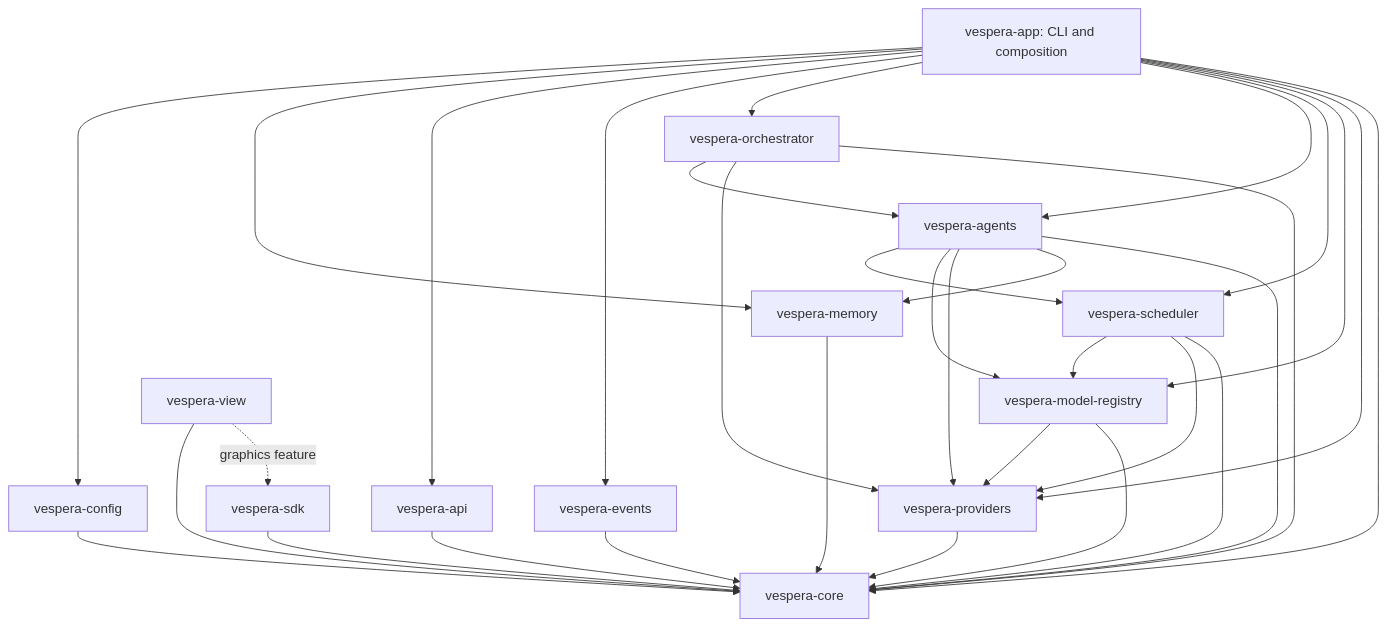
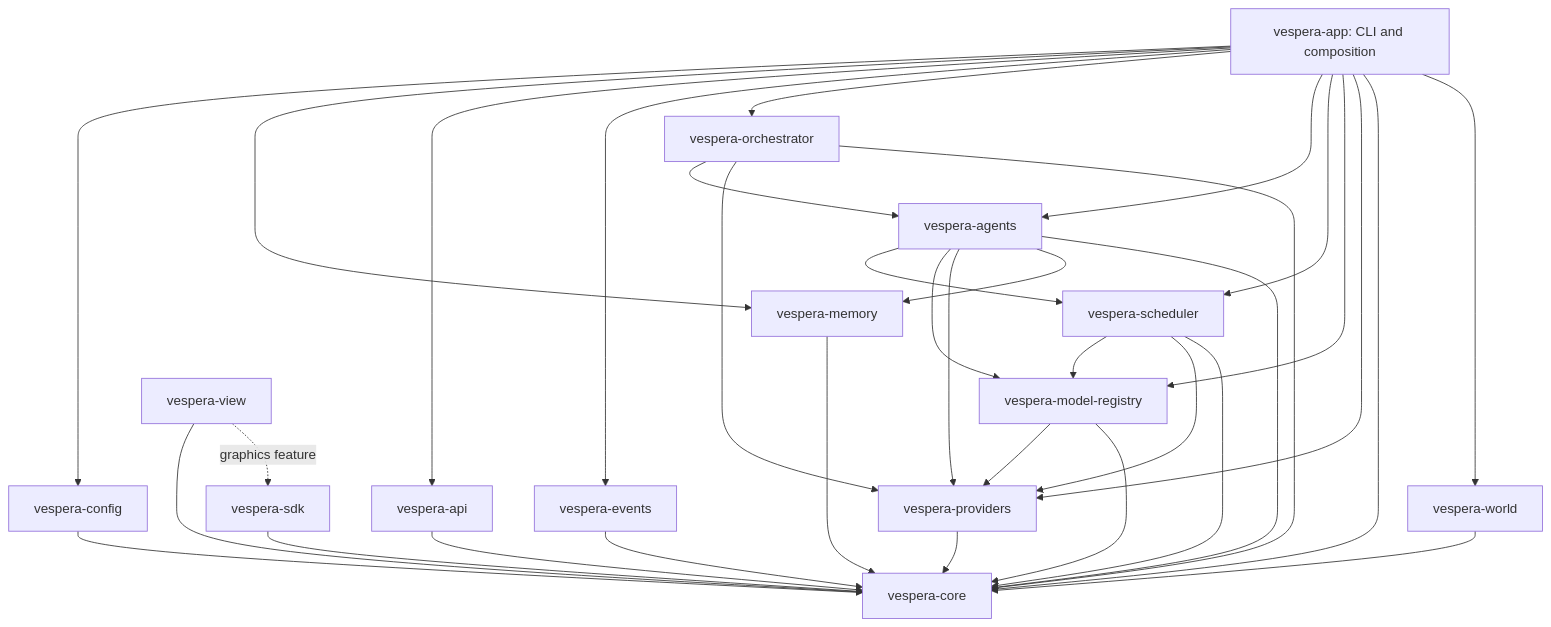
The diagram in docs/ARCHITECTURE.md (ShamelesAbyss/Vespera), drawn with Mermaid before and after one commit. The commit also changed other lines of this file and 15 other files, not shown here.

````diff
--- a/docs/ARCHITECTURE.md
+++ b/docs/ARCHITECTURE.md
@@ -16,34 +17,36 @@
 ```mermaid
 flowchart TD
     App[vespera-app: CLI and composition] --> Config[vespera-config]
     App --> Memory
     App --> API[vespera-api]
     App --> Events[vespera-events]
     App --> Orchestrator
     App --> Agents[vespera-agents]
     App --> Scheduler[vespera-scheduler]
     App --> Registry[vespera-model-registry]
     App --> Providers[vespera-providers]
     App --> Core[vespera-core]
     API --> Core
     Events --> Core
     SDK[vespera-sdk] --> Core
     View[vespera-view] --> Core
     View -. graphics feature .-> SDK
+    App --> World[vespera-world]
+    World --> Core
     Orchestrator[vespera-orchestrator] --> Agents
     Orchestrator --> Providers
     Orchestrator --> Core
     Config --> Core
     Agents --> Scheduler
     Agents --> Registry
     Agents --> Providers
     Agents --> Memory[vespera-memory]
     Memory --> Core
     Agents --> Core
     Scheduler --> Registry
     Scheduler --> Providers
     Scheduler --> Core
     Registry --> Providers
     Registry --> Core
     Providers --> Core
 ```
````
